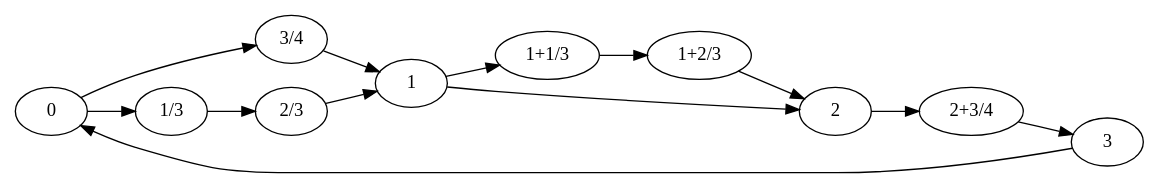
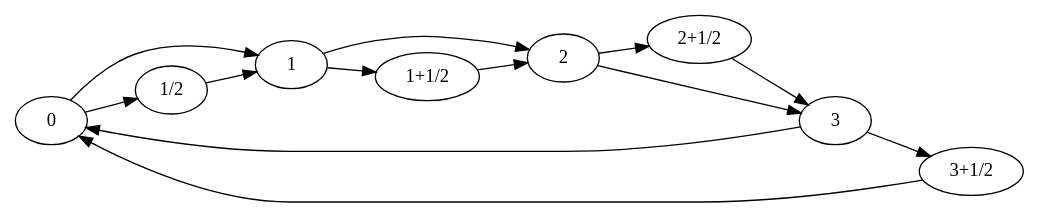
Before and after one commit to elsonidoq/automusica: the diagram in doc/tesis/images_src/rhythm_markov_example.dot, drawn with Graphviz. The commit also changed 31 other files, not shown here.

```diff
--- a/doc/tesis/images_src/rhythm_markov_example.dot
+++ b/doc/tesis/images_src/rhythm_markov_example.dot
@@ -1,22 +1,20 @@
 digraph G {
     rankdir="LR";
-    0 -> "3/4" ;
-    0 -> "1/3" ;
+    0 -> "1" ;
+    0 -> "1/2" ;
+
+    "1/2" -> "1";
     
-    "1/3" -> "2/3" ;
-    "2/3" -> 1 ;
+    "1" -> "2";
+    "1" -> "1+1/2";
 
-    "3/4" -> 1 ;
+    "1+1/2" -> "2";
 
-    1 -> "1+1/3" ;
-    1 -> 2 ;
+    "2" -> "2+1/2";
+    "2" -> "3";
 
-    "1+1/3" -> "1+2/3" ;
-    "1+2/3" -> 2 ;
-
-    2 -> "2+3/4" ;
-
-    "2+3/4" -> 3 ;
-
-    3 -> 0 ;
+    "2+1/2" -> "3";
+    "3" -> "3+1/2";
+    "3" -> "0"; 
+    "3+1/2" ->"0";
 }
```
